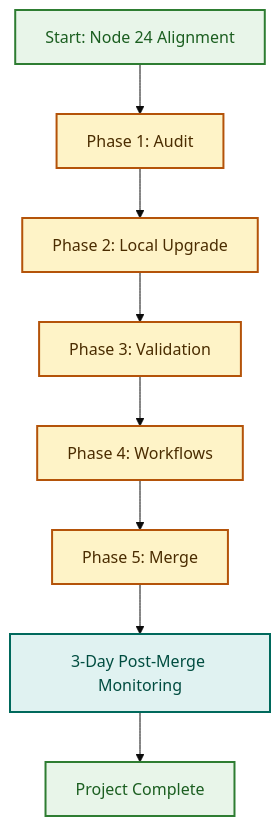
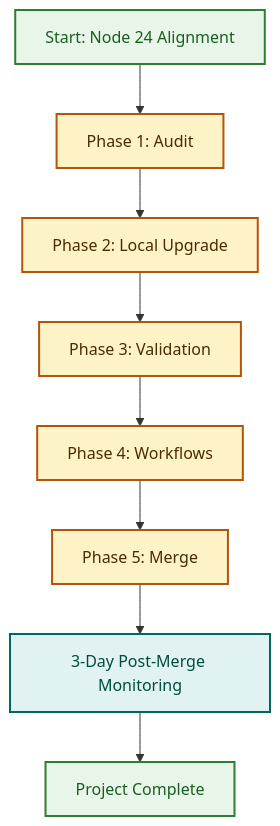
Before and after one commit to lightspeedwp/.github: the diagram in .github/projects/active/nodejs-upgrade-2026-q4/README.md, drawn with Mermaid. The commit also changed 1 other file, not shown here.

Commit message:
fix(docs): drop Mermaid frontmatter the accessibility validator rejects (#3490)
validate-mermaid-accessibility.js flags any diagram that opens with a YAML
--- block. Two diagrams this PR touches still had one (nodejs-upgrade
README and scripts/validation/README.md); the config was cosmetic
(theme, htmlLabels, look, layout), so it is removed. The validator now
passes both. Remaining findings in touched files: #3526.

````diff
--- a/.github/projects/active/nodejs-upgrade-2026-q4/README.md
+++ b/.github/projects/active/nodejs-upgrade-2026-q4/README.md
@@ -315,28 +315,22 @@
 ```mermaid
----
-config:
-  flowchart:
-    htmlLabels: true
-  theme: base
----
 flowchart TD
   accTitle: Node.js 24 Upgrade Workflow
   accDescr: Five-phase execution flow from start through audit, upgrade, validation, workflow standardization, merge, and post-merge monitoring to completion.
   A["Start: Node 24 Alignment"] --> B["Phase 1: Audit"]
   B --> C["Phase 2: Local Upgrade"]
   C --> D["Phase 3: Validation"]
   D --> E["Phase 4: Workflows"]
   E --> F["Phase 5: Merge"]
   F --> G["3-Day Post-Merge Monitoring"]
   G --> H["Project Complete"]
 
   classDef start fill:#E8F5E9,stroke:#2E7D32,stroke-width:2px,color:#1B5E20;
   classDef phase fill:#fef3c7,stroke:#b45309,stroke-width:2px,color:#4a2c00;
   classDef monitoring fill:#E0F2F1,stroke:#00695C,stroke-width:2px,color:#004D40;
   classDef done fill:#E8F5E9,stroke:#2E7D32,stroke-width:2px,color:#1B5E20;
 
   class A start;
   class B,C,D,E,F phase;
   class G monitoring;
   class H done;
 ```
````
